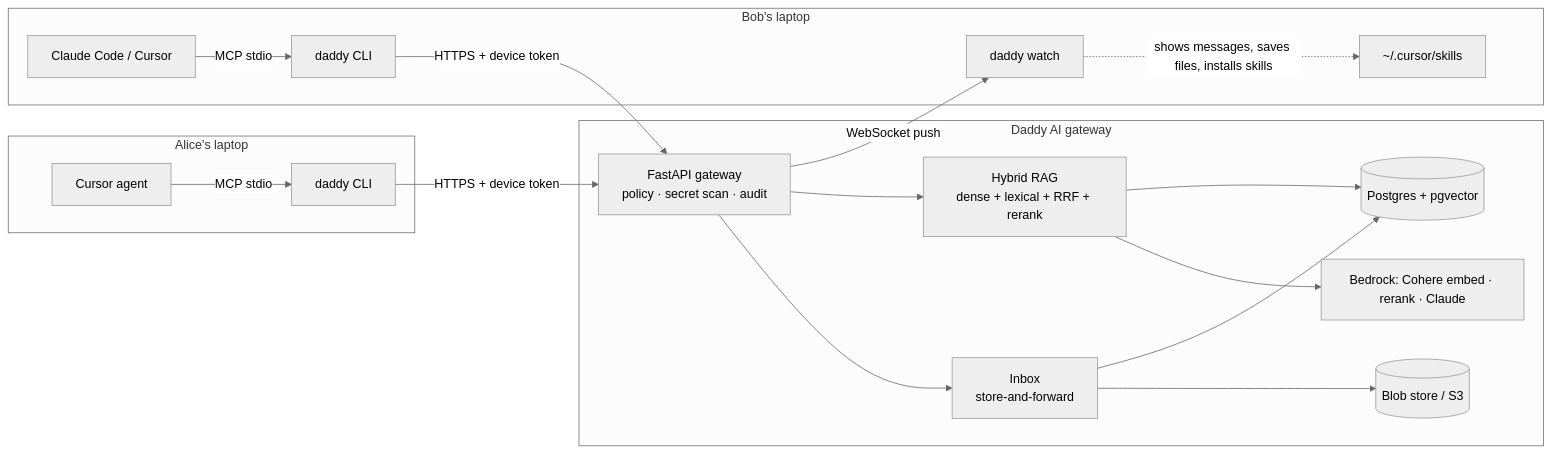
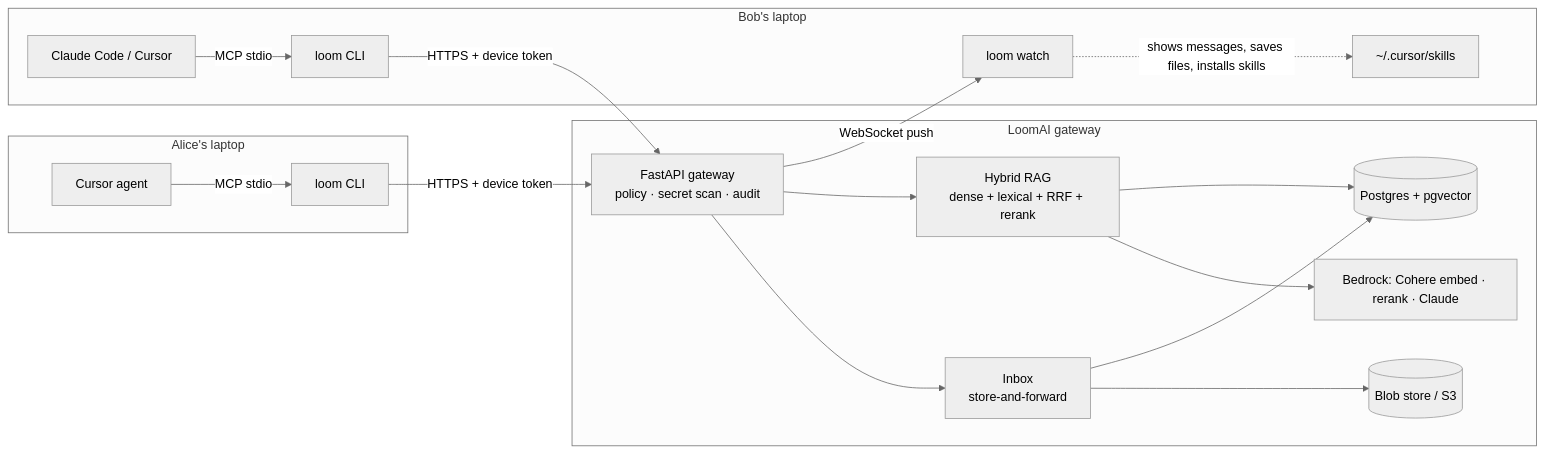
Before and after one commit to AskArtwentythree/daddy-ai: the diagram in README.md, drawn with Mermaid (neutral theme). The commit also changed other lines of this file and 70 other files, not shown here.

Commit message:
Rename Daddy AI to LoomAI: loom command, ~/.loom, LOOM_* settings; old installs move over (0.4.0)

````diff
--- a/README.md
+++ b/README.md
@@ -130,21 +134,21 @@
 ```mermaid
 flowchart LR
     subgraph Alice's laptop
-        AC[Cursor agent] -- MCP stdio --> AD[daddy CLI]
+        AC[Cursor agent] -- MCP stdio --> AD[loom CLI]
     end
     subgraph Bob's laptop
-        BC[Claude Code / Cursor] -- MCP stdio --> BD[daddy CLI]
-        BW[daddy watch] -. shows messages, saves files, installs skills .-> BS[~/.cursor/skills]
+        BC[Claude Code / Cursor] -- MCP stdio --> BD[loom CLI]
+        BW[loom watch] -. shows messages, saves files, installs skills .-> BS[~/.cursor/skills]
     end
     AD -- HTTPS + device token --> G
     BD -- HTTPS + device token --> G
     G -- WebSocket push --> BW
-    subgraph Daddy AI gateway
+    subgraph LoomAI gateway
         G[FastAPI gateway<br/>policy · secret scan · audit] --> R[Hybrid RAG<br/>dense + lexical + RRF + rerank]
         G --> I[Inbox<br/>store-and-forward]
         R --> PG[(Postgres + pgvector)]
         I --> PG
         I --> S3[(Blob store / S3)]
         R --> B[Bedrock: Cohere embed · rerank · Claude]
     end
 ```
````
